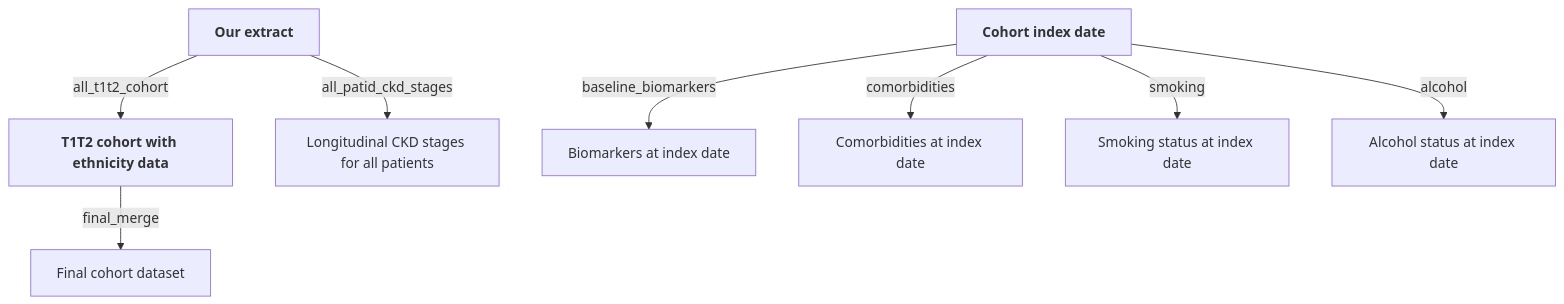
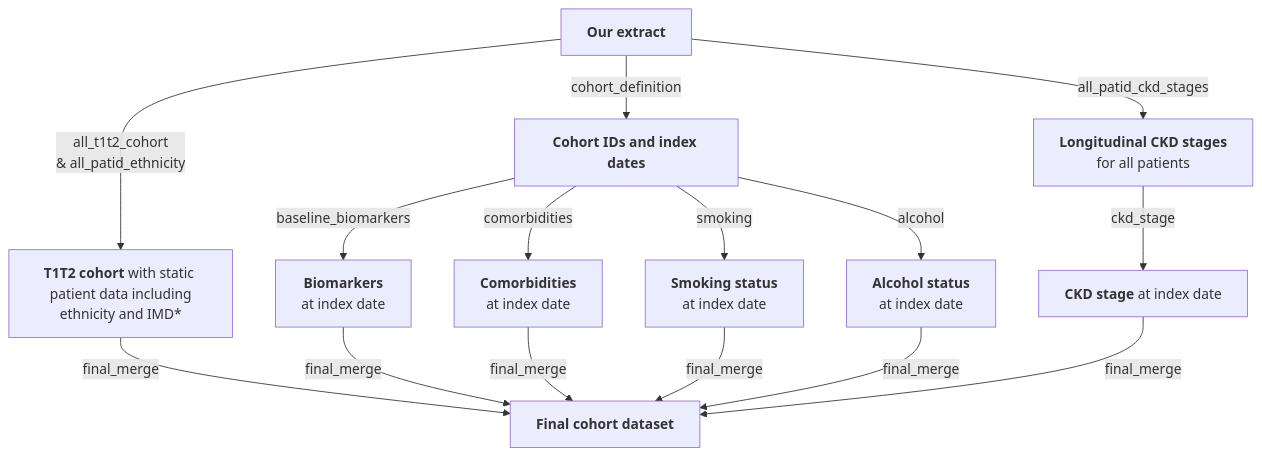
The second of 2 diagrams in README.md (Exeter-Diabetes/CPRD-Cohort-scripts), drawn with Mermaid before and after one commit. The commit also changed other lines of this file, not shown here.

````diff
--- a/README.md
+++ b/README.md
@@ -44,14 +46,18 @@
 ```mermaid
 graph TD;
-    A["<b>Our extract</b>"] --> |"all_t1t2_cohort"|B["<b>T1T2 cohort<b> with ethnicity data"]
-    A-->|"all_patid_ckd_stages"|C["Longitudinal CKD stages for all patients"]
-    D["<b>Cohort index date</b>"]
-    D-->|"baseline_biomarkers"|E["Biomarkers at index date"]
-    D-->|"comorbidities"|F["Comorbidities at index date"]
-    D-->|"smoking"|G["Smoking status at index date"]
-    D-->|"alcohol"|H["Alcohol status at index date"]
-    B-->|"final_merge"|I["Final cohort dataset"]
-    
-    
-    
+    A["<b>Our extract</b>"] --> |"all_t1t2_cohort <br> & all_patid_ethnicity"|B["<b>T1T2 cohort</b> with static <br> patient data including ethnicity and IMD*"]
+    A-->|"all_patid_ckd_stages"|C["<b>Longitudinal CKD stages</b> <br> for all patients"]
+    A-->|"cohort_definition"|D
+    D["<b>Cohort IDs and index dates</b>"]
+    D-->|"baseline_biomarkers"|E["<b>Biomarkers</b> <br> at index date"]
+    D-->|"comorbidities"|F["<b>Comorbidities</b> <br> at index date"]
+    D-->|"smoking"|G["<b>Smoking status</b> <br> at index date"]
+    D-->|"alcohol"|H["<b>Alcohol status</b> <br> at index date"]
+    C-->|"ckd_stage"|I["<b>CKD stage</b <br> at index date"]
+    B-->|"final_merge"|J["<b>Final cohort dataset</b>"]
+    E-->|"final_merge"|J
+    F-->|"final_merge"|J
+    G-->|"final_merge"|J
+    H-->|"final_merge"|J
+    I-->|"final_merge"|J
 ```
````
